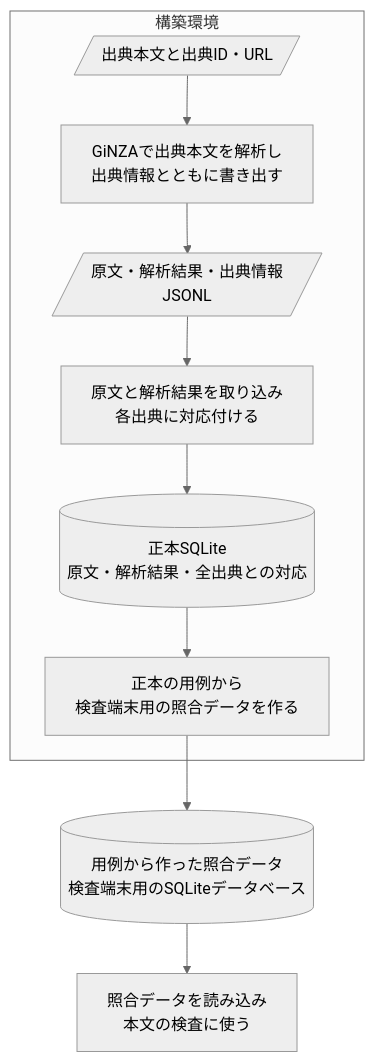
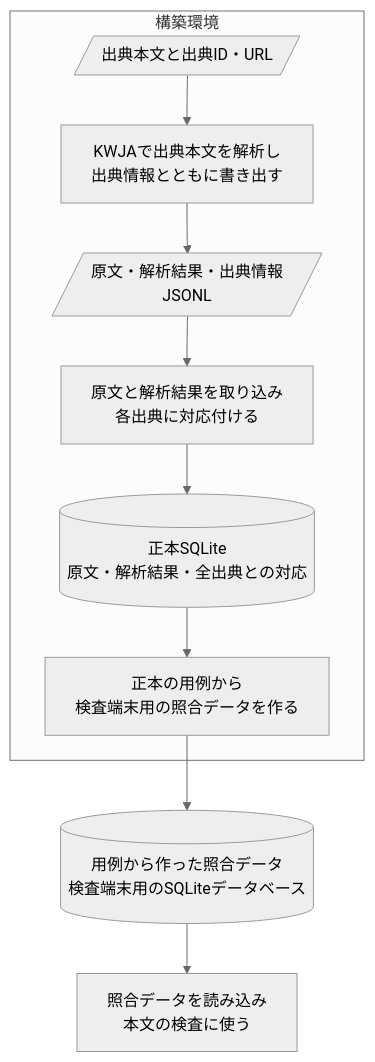
One commit to karin0624/use-native-japanese changed the second of 2 diagrams in docs/design/architecture.md. Above: the diagram before and after it, drawn with Mermaid (neutral theme). The commit also changed other lines of this file and 28 other files, not shown here.

````diff
--- a/docs/design/architecture.md
+++ b/docs/design/architecture.md
@@ -47,17 +46,17 @@
 ```mermaid
 ---
 config:
     flowchart:
         wrappingWidth: 320
 ---
 flowchart TB
     subgraph build["構築環境"]
-        source[/出典本文と出典ID・URL/] --> extract["GiNZAで出典本文を解析し<br/>出典情報とともに書き出す"]
+        source[/出典本文と出典ID・URL/] --> extract["KWJAで出典本文を解析し<br/>出典情報とともに書き出す"]
         extract --> records[/原文・解析結果・出典情報<br/>JSONL/]
         records --> import["原文と解析結果を取り込み<br/>各出典に対応付ける"]
         import --> master[("正本SQLite<br/>原文・解析結果・全出典との対応")]
         master --> prepare["正本の用例から<br/>検査端末用の照合データを作る"]
     end
     prepare --> reference[("用例から作った照合データ<br/>検査端末用のSQLiteデータベース")]
     reference --> runtime["照合データを読み込み<br/>本文の検査に使う"]
 ```
````
